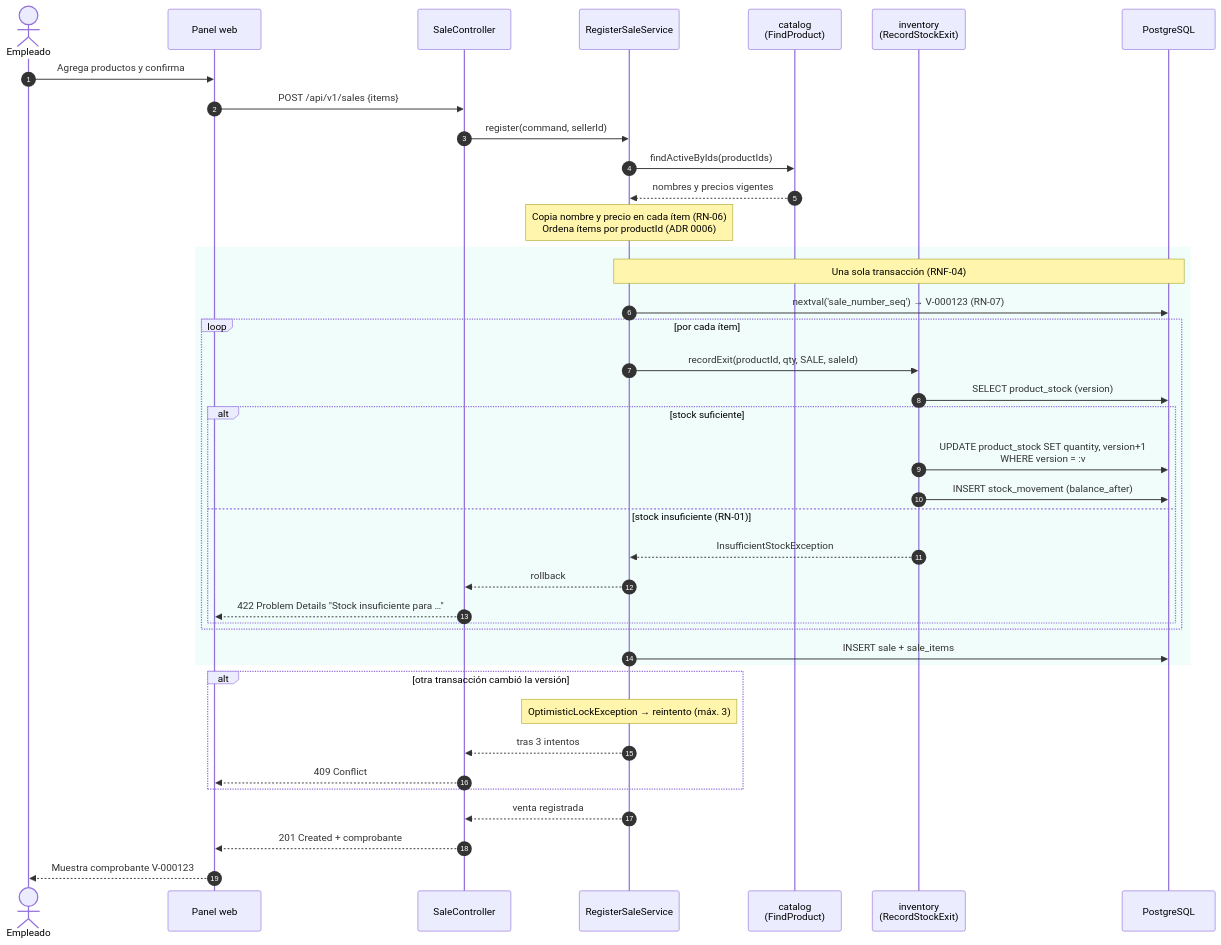
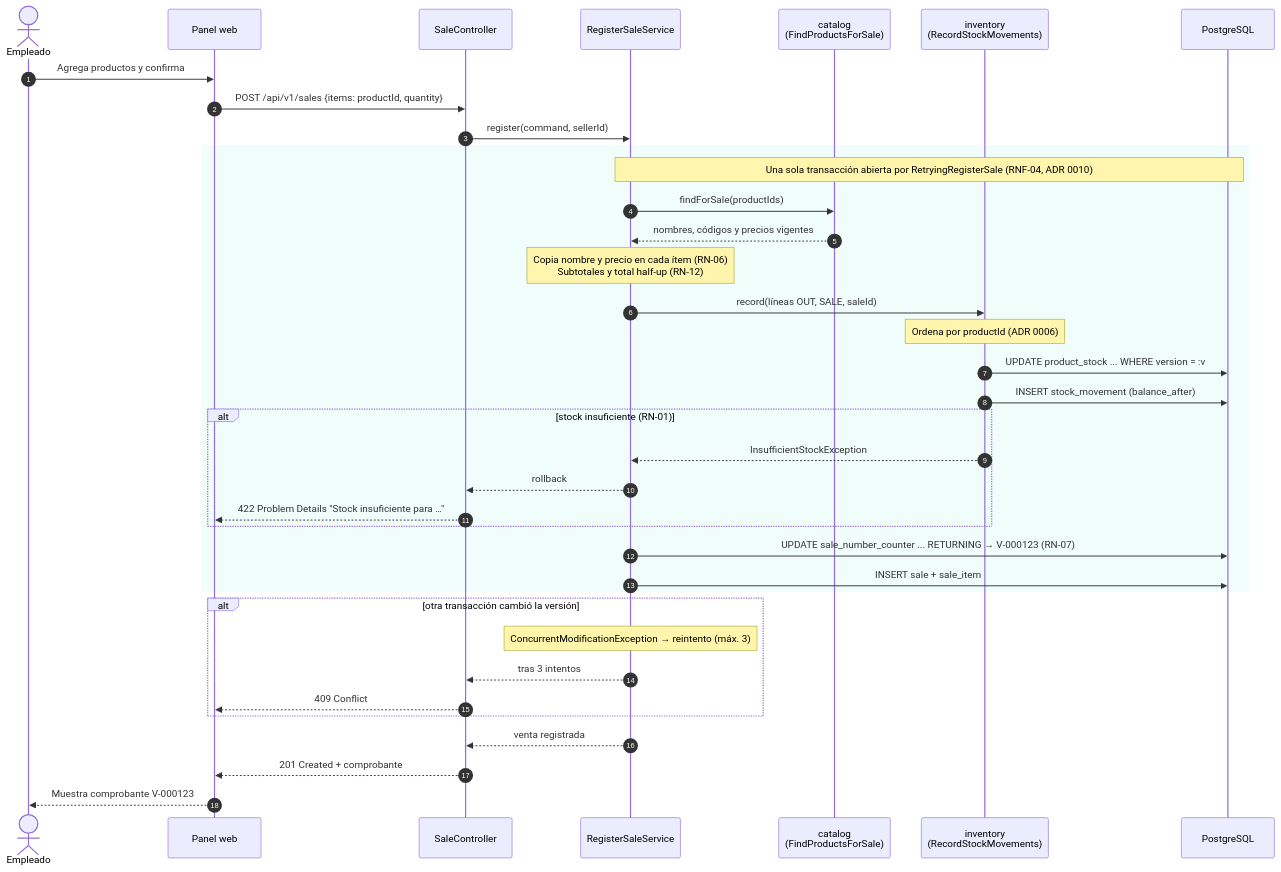
Before and after one commit to Alfrog7/Kardexa: the first of 3 diagrams in docs/arquitectura/flujos.md, drawn with Mermaid. The commit also changed 4 other files, not shown here.

````diff
--- a/docs/arquitectura/flujos.md
+++ b/docs/arquitectura/flujos.md
@@ -5,46 +5,43 @@
 ```mermaid
 sequenceDiagram
     autonumber
     actor E as Empleado
     participant SPA as Panel web
     participant SC as SaleController
     participant RS as RegisterSaleService
-    participant CAT as catalog<br/>(FindProduct)
-    participant INV as inventory<br/>(RecordStockExit)
+    participant CAT as catalog<br/>(FindProductsForSale)
+    participant INV as inventory<br/>(RecordStockMovements)
     participant DB as PostgreSQL
 
     E->>SPA: Agrega productos y confirma
-    SPA->>SC: POST /api/v1/sales {items}
+    SPA->>SC: POST /api/v1/sales {items: productId, quantity}
     SC->>RS: register(command, sellerId)
-    RS->>CAT: findActiveByIds(productIds)
-    CAT-->>RS: nombres y precios vigentes
-    Note over RS: Copia nombre y precio en cada ítem (RN-06)<br/>Ordena ítems por productId (ADR 0006)
 
     rect rgb(240, 253, 250)
-    Note over RS,DB: Una sola transacción (RNF-04)
-    RS->>DB: nextval('sale_number_seq') → V-000123 (RN-07)
-    loop por cada ítem
-        RS->>INV: recordExit(productId, qty, SALE, saleId)
-        INV->>DB: SELECT product_stock (version)
-        alt stock suficiente
-            INV->>DB: UPDATE product_stock SET quantity, version+1<br/>WHERE version = :v
-            INV->>DB: INSERT stock_movement (balance_after)
-        else stock insuficiente (RN-01)
-            INV-->>RS: InsufficientStockException
-            RS-->>SC: rollback
-            SC-->>SPA: 422 Problem Details "Stock insuficiente para …"
-        end
+    Note over RS,DB: Una sola transacción abierta por RetryingRegisterSale (RNF-04, ADR 0010)
+    RS->>CAT: findForSale(productIds)
+    CAT-->>RS: nombres, códigos y precios vigentes
+    Note over RS: Copia nombre y precio en cada ítem (RN-06)<br/>Subtotales y total half-up (RN-12)
+    RS->>INV: record(líneas OUT, SALE, saleId)
+    Note over INV: Ordena por productId (ADR 0006)
+    INV->>DB: UPDATE product_stock ... WHERE version = :v
+    INV->>DB: INSERT stock_movement (balance_after)
+    alt stock insuficiente (RN-01)
+        INV-->>RS: InsufficientStockException
+        RS-->>SC: rollback
+        SC-->>SPA: 422 Problem Details "Stock insuficiente para …"
     end
-    RS->>DB: INSERT sale + sale_items
+    RS->>DB: UPDATE sale_number_counter ... RETURNING → V-000123 (RN-07)
+    RS->>DB: INSERT sale + sale_item
     end
 
     alt otra transacción cambió la versión
-        Note over RS: OptimisticLockException → reintento (máx. 3)
+        Note over RS: ConcurrentModificationException → reintento (máx. 3)
         RS-->>SC: tras 3 intentos
         SC-->>SPA: 409 Conflict
     end
 
     RS-->>SC: venta registrada
     SC-->>SPA: 201 Created + comprobante
     SPA-->>E: Muestra comprobante V-000123
 ```
````
